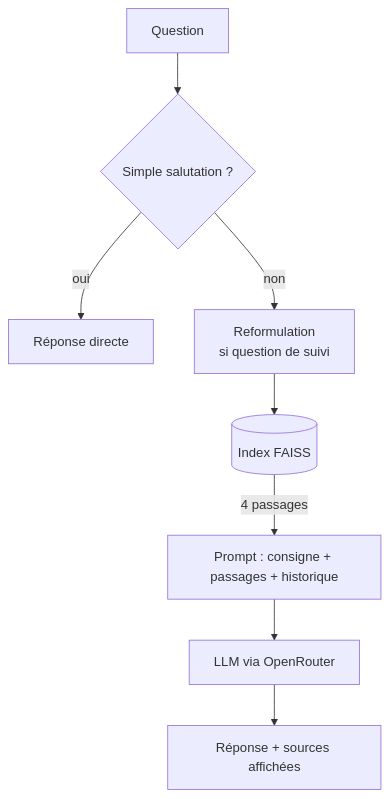
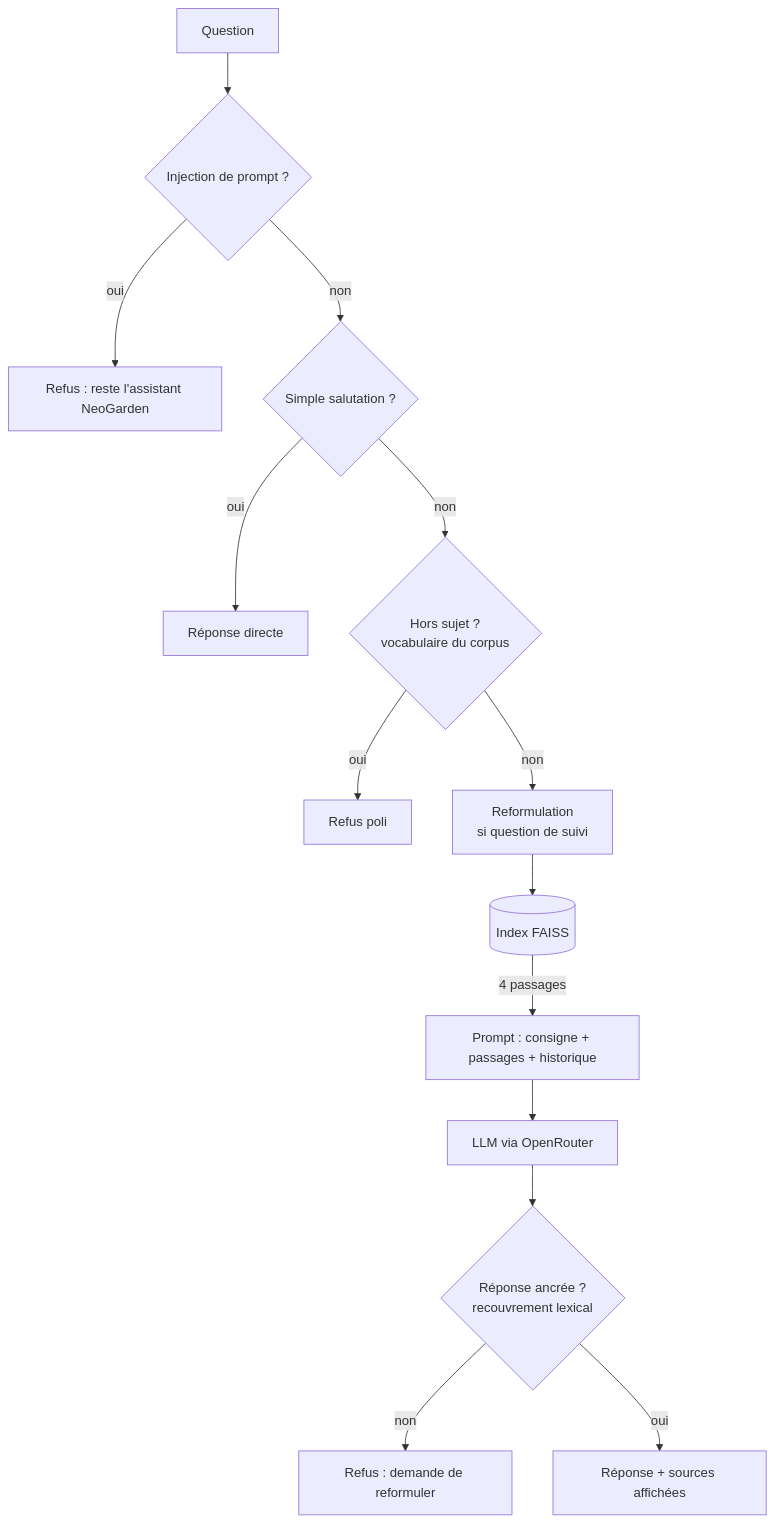
Before and after one commit to akbrejnev200-rgb/Data-Science: the second of 2 diagrams in 04-Generative-AI-Applications/neogarden-assistant/README.md, drawn with Mermaid. The commit also changed other lines of this file and 2 other files, not shown here.

Commit message:
docs: corrige les incoherences trouvees en revue finale
- pipeline.py : docstring de Answer corrigee (les sources ne sont PAS
  vides pour un refus "reponse non ancree", contrairement a ce qui
  etait ecrit)
- LIMITES_RAG_EXEMPLES.md : references a des limites README "n2" et
  "n6" qui ne correspondaient plus a la numerotation actuelle
  (corrigees en n1 et n2)
- README : banniere d'intro disait encore "en cours de
  restructuration" (termine) ; l'exemple de conversation montrait
  l'ancienne reponse a une question hors sujet plutot que le message
  du garde-fou actuel (precise que ce n'est plus une transcription
  brute) ; le schema "a chaque question" ne montrait aucun des 3
  garde-fous de la Phase 5bis, corrige

Trouve lors d'une revue complete demandee par l'utilisateur, sans
aucun appel API (lecture de code/doc + verifications locales
uniquement : lint, tests, recalcul des chunks/mots, verification des
liens).

````diff
--- a/04-Generative-AI-Applications/neogarden-assistant/README.md
+++ b/04-Generative-AI-Applications/neogarden-assistant/README.md
@@ -43,10 +43,16 @@
 ```mermaid
 flowchart TD
-    Q[Question] --> S{"Simple salutation ?"}
+    Q[Question] --> INJ{"Injection de prompt ?"}
+    INJ -- oui --> R1["Refus : reste l'assistant NeoGarden"]
+    INJ -- non --> S{"Simple salutation ?"}
     S -- oui --> R0[Réponse directe]
-    S -- non --> H["Reformulation<br/>si question de suivi"]
+    S -- non --> OT{"Hors sujet ?<br/>vocabulaire du corpus"}
+    OT -- oui --> R2[Refus poli]
+    OT -- non --> H["Reformulation<br/>si question de suivi"]
     H --> I[("Index FAISS")]
     I -- "4 passages" --> P["Prompt : consigne + passages + historique"]
     P --> L["LLM via OpenRouter"]
-    L --> A["Réponse + sources affichées"]
+    L --> G{"Réponse ancrée ?<br/>recouvrement lexical"}
+    G -- non --> R3["Refus : demande de reformuler"]
+    G -- oui --> A["Réponse + sources affichées"]
 ```
````
